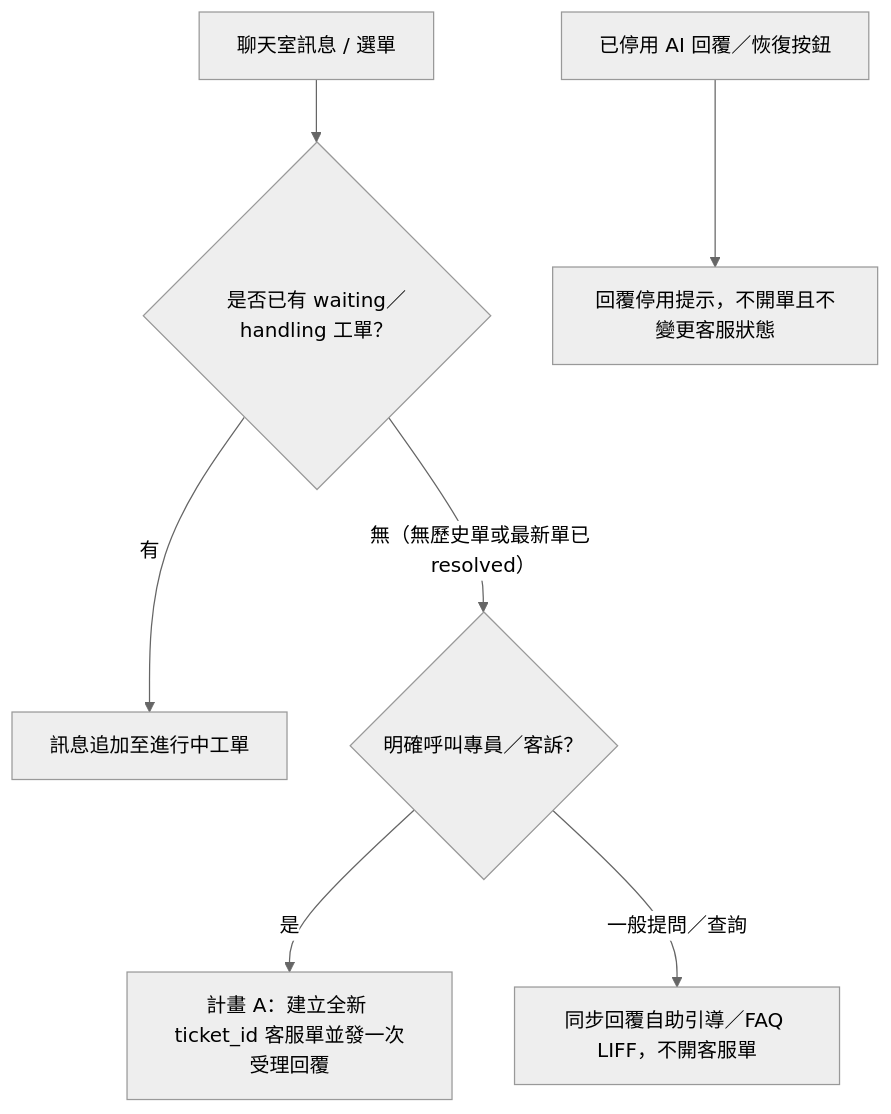
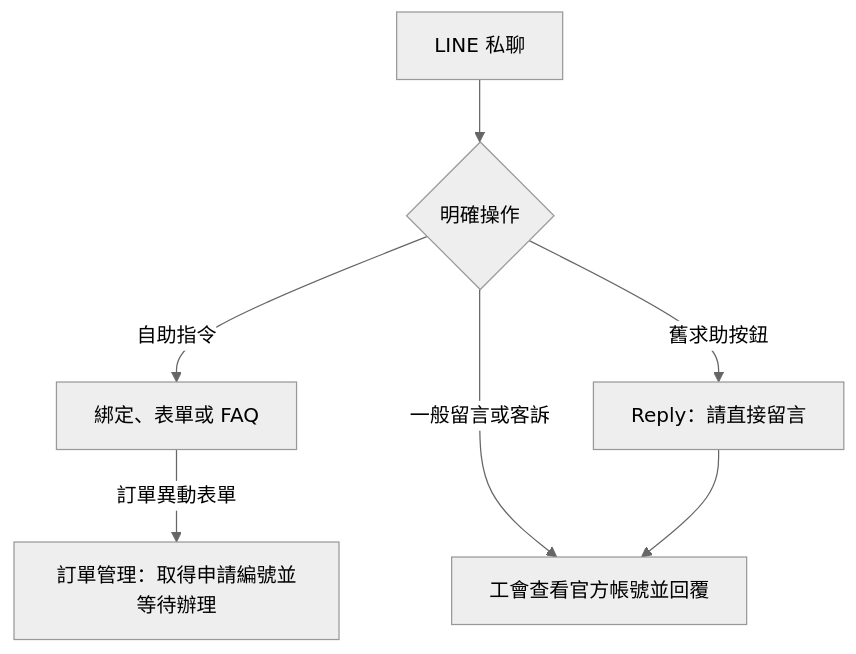
The second of 3 diagrams in document/架構重整/01_規格基線/26_LINE四大模組Eraser流程圖轉錄與驗收基線.md (chrishzc/Labor_union), drawn with Mermaid (neutral theme) before and after one commit. The commit also changed other lines of this file and 138 other files, not shown here.

````diff
--- a/document/架構重整/01_規格基線/26_LINE四大模組Eraser流程圖轉錄與驗收基線.md
+++ b/document/架構重整/01_規格基線/26_LINE四大模組Eraser流程圖轉錄與驗收基線.md
@@ -93,9 +93,9 @@
 ```mermaid
 flowchart TD
-  Input["聊天室訊息 / 選單"] --> Active{"是否已有 waiting／handling 工單？"}
-  Active -->|有| Append["訊息追加至進行中工單"]
-  Active -->|無（無歷史單或最新單已 resolved）| Call{"明確呼叫專員／客訴？"}
-  Call -->|是| Ticket["計畫 A：建立全新 ticket_id 客服單並發一次受理回覆"]
-  Call -->|一般提問／查詢| Menu["同步回覆自助引導／FAQ LIFF，不開客服單"]
-  Old["已停用 AI 回覆／恢復按鈕"] --> Retired["回覆停用提示，不開單且不變更客服狀態"]
+  Msg["LINE 私聊"] --> Kind{"明確操作"}
+  Kind -->|自助指令| Guide["綁定、表單或 FAQ"]
+  Kind -->|一般留言或客訴| Read["工會查看官方帳號並回覆"]
+  Kind -->|舊求助按鈕| Hint["Reply：請直接留言"]
+  Hint --> Read
+  Guide -->|訂單異動表單| Request["訂單管理：取得申請編號並等待辦理"]
 ```
````
